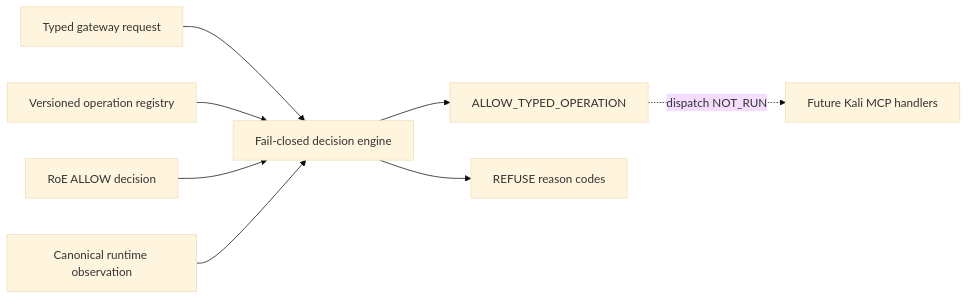
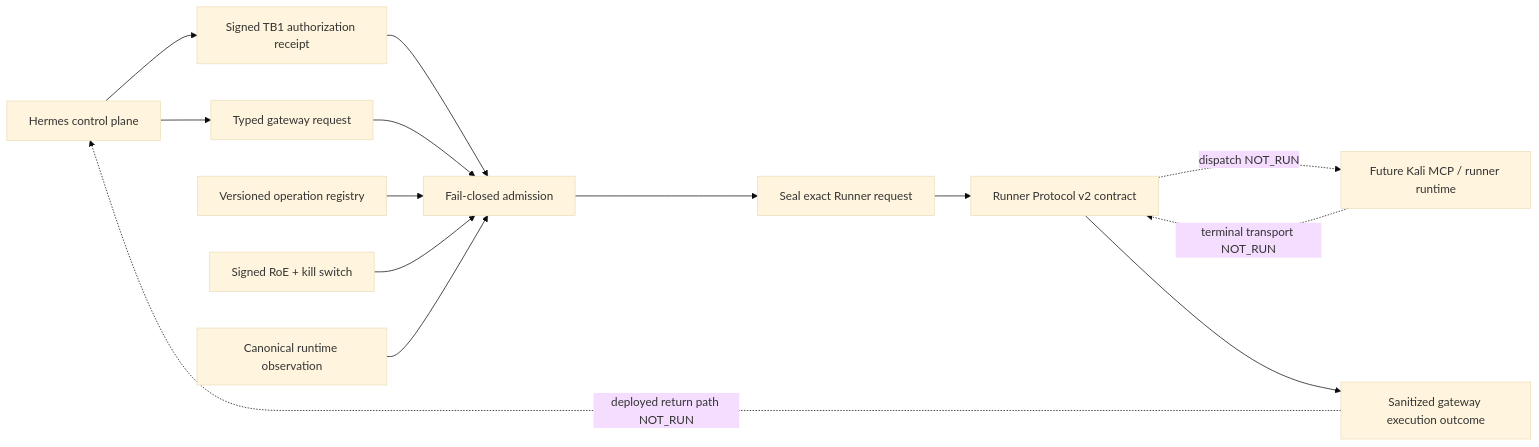
Before and after one commit to pestoura/hermes-security-labs: the diagram in docs/roadmap/EPIC-03-typed-gateway-contract-candidate-as-built.md, drawn with Mermaid (base theme). The commit also changed other lines of this file, not shown here.

Commit message:
docs(epic-03): reconcile supplementary contract-candidate record

````diff
--- a/docs/roadmap/EPIC-03-typed-gateway-contract-candidate-as-built.md
+++ b/docs/roadmap/EPIC-03-typed-gateway-contract-candidate-as-built.md
@@ -38,19 +44,28 @@
 ```mermaid
 flowchart LR
+  H[Hermes control plane]
+  RECEIPT[Signed TB1 authorization receipt]
   REQUEST[Typed gateway request]
   REGISTRY[Versioned operation registry]
-  ROE[RoE ALLOW decision]
+  ROE[Signed RoE + kill switch]
   RUNTIME[Canonical runtime observation]
-  ENGINE[Fail-closed decision engine]
-  ALLOW[ALLOW_TYPED_OPERATION]
-  REFUSE[REFUSE reason codes]
-  KALI[Future Kali MCP handlers]
+  ENGINE[Fail-closed admission]
+  SEAL[Seal exact Runner request]
+  RP[Runner Protocol v2 contract]
+  OUT[Sanitized gateway execution outcome]
+  KALI[Future Kali MCP / runner runtime]
 
+  H --> RECEIPT
+  H --> REQUEST
+  RECEIPT --> ENGINE
   REQUEST --> ENGINE
   REGISTRY --> ENGINE
   ROE --> ENGINE
   RUNTIME --> ENGINE
-  ENGINE --> ALLOW
-  ENGINE --> REFUSE
-  ALLOW -. dispatch NOT_RUN .-> KALI
+  ENGINE --> SEAL
+  SEAL --> RP
+  RP -. dispatch NOT_RUN .-> KALI
+  KALI -. terminal transport NOT_RUN .-> RP
+  RP --> OUT
+  OUT -. deployed return path NOT_RUN .-> H
 ```
````
